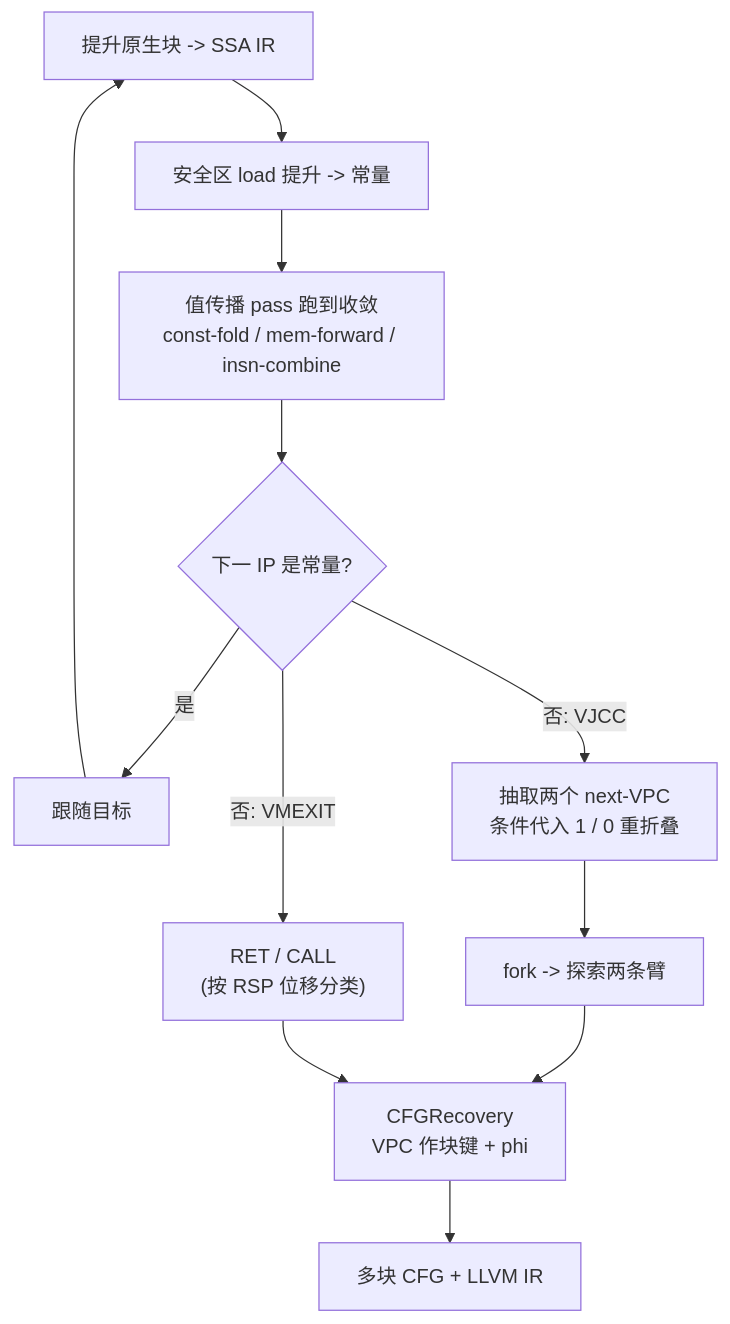
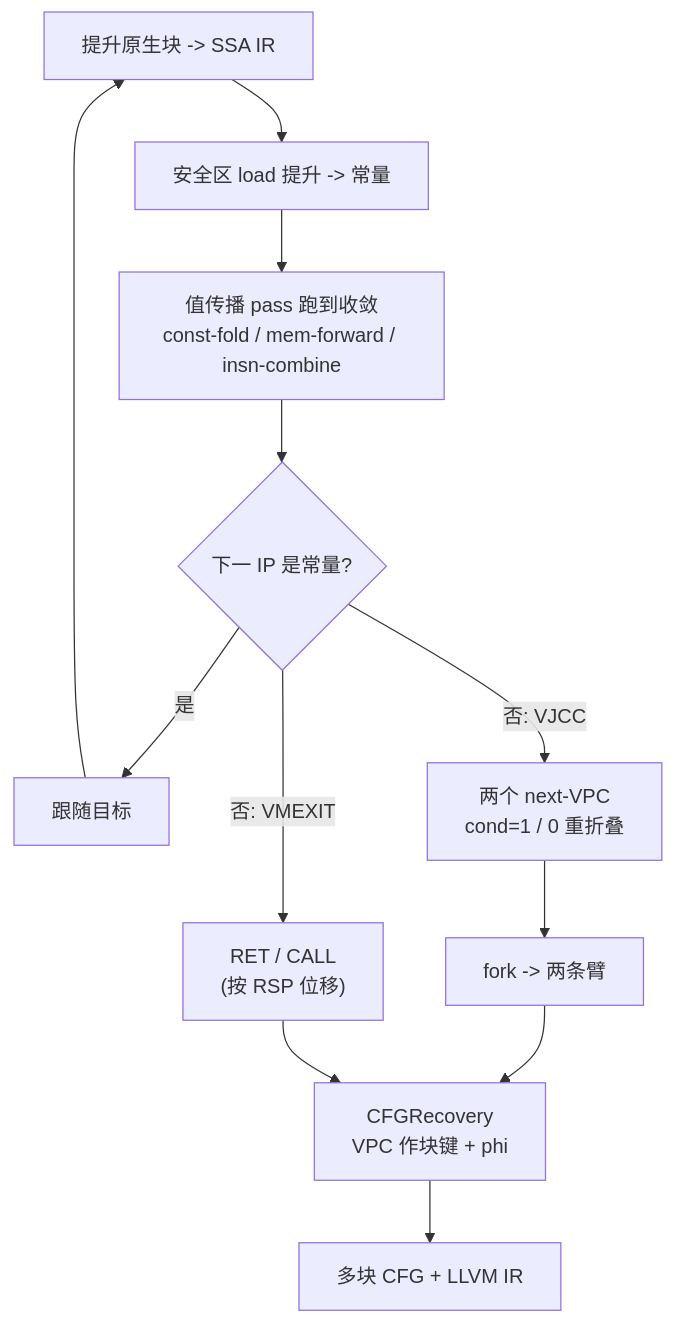
The second of 2 diagrams in README.zh-CN.md (CZheXie/DeHendrix), drawn with Mermaid before and after one commit. The commit also changed other lines of this file and 1 other file, not shown here.

````diff
--- a/README.zh-CN.md
+++ b/README.zh-CN.md
@@ -54,13 +50,13 @@
 ```mermaid
 flowchart TB
   A["提升原生块 -> SSA IR"] --> B["安全区 load 提升 -> 常量"]
   B --> C["值传播 pass 跑到收敛<br/>const-fold / mem-forward / insn-combine"]
   C --> D{"下一 IP 是常量?"}
   D -- 是 --> E["跟随目标"] --> A
-  D -- "否: VMEXIT" --> H["RET / CALL<br/>(按 RSP 位移分类)"]
-  D -- "否: VJCC" --> F["抽取两个 next-VPC<br/>条件代入 1 / 0 重折叠"]
-  F --> G["fork -> 探索两条臂"]
+  D -- "否: VMEXIT" --> H["RET / CALL<br/>(按 RSP 位移)"]
+  D -- "否: VJCC" --> F["两个 next-VPC<br/>cond=1 / 0 重折叠"]
+  F --> G["fork -> 两条臂"]
   G --> I["CFGRecovery<br/>VPC 作块键 + phi"]
   H --> I
   I --> OUT["多块 CFG + LLVM IR"]
 ```
````
